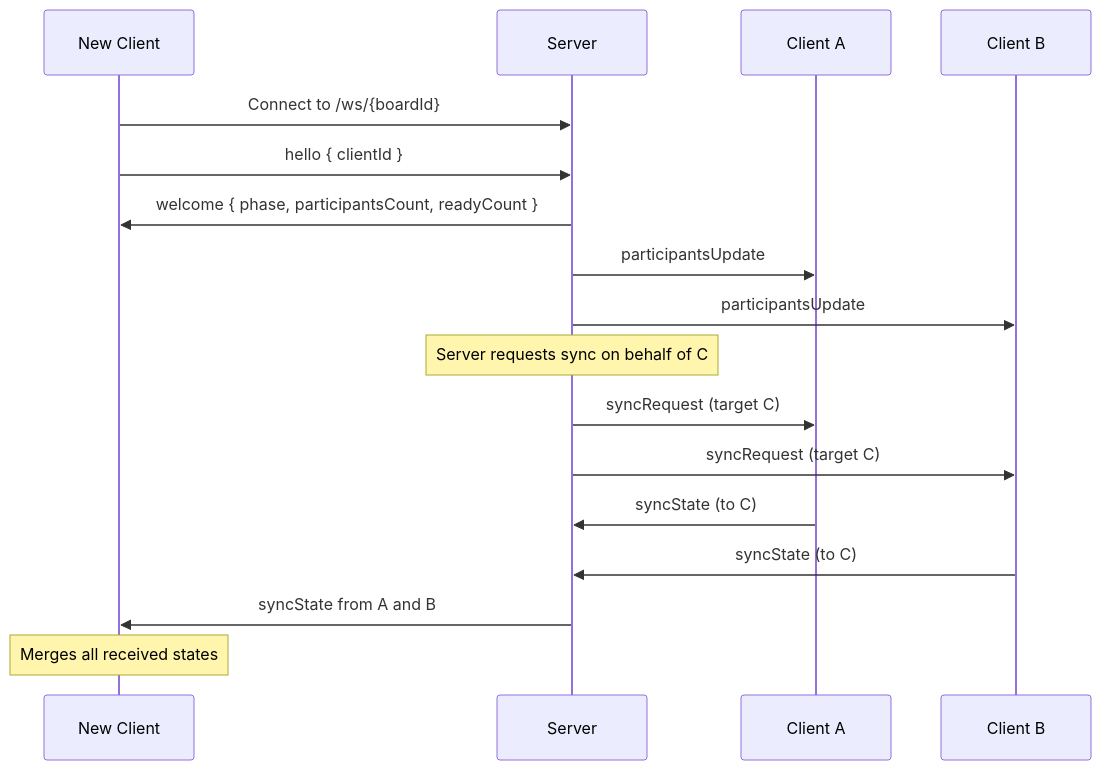
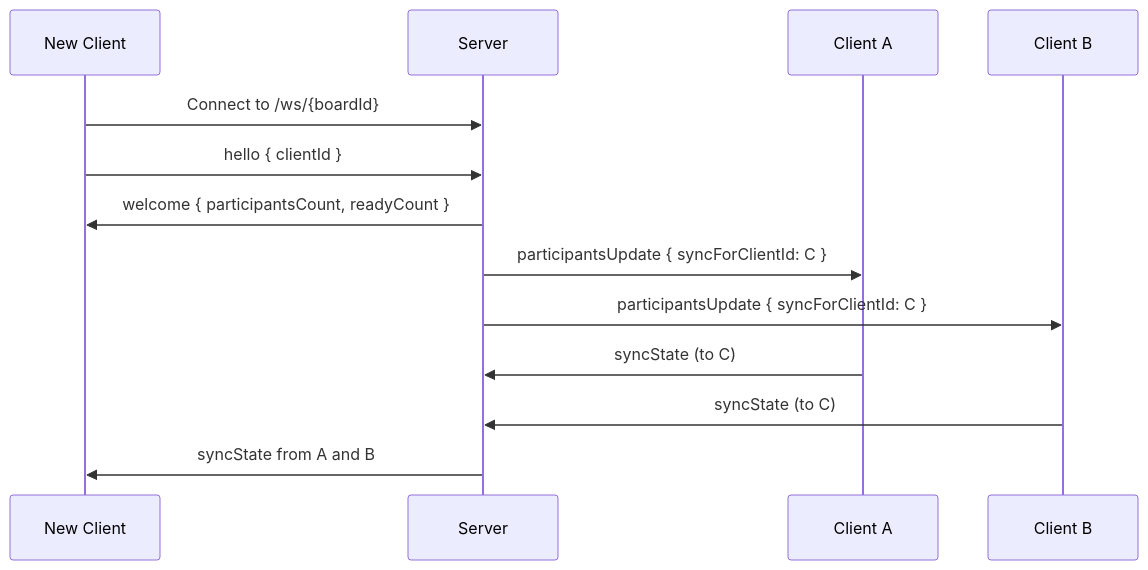
The first of 2 diagrams in docs/PROTOCOL.md (yoannchaudet/delta-board), drawn with Mermaid before and after one commit. The commit also changed other lines of this file and 2 other files, not shown here.

````diff
--- a/docs/PROTOCOL.md
+++ b/docs/PROTOCOL.md
@@ -34,22 +58,18 @@
 ```mermaid
 sequenceDiagram
     participant C as New Client
     participant S as Server
     participant A as Client A
     participant B as Client B
 
     C->>S: Connect to /ws/{boardId}
     C->>S: hello { clientId }
-    S->>C: welcome { phase, participantsCount, readyCount }
+    S->>C: welcome { participantsCount, readyCount }
 
-    S->>A: participantsUpdate
-    S->>B: participantsUpdate
+    S->>A: participantsUpdate { syncForClientId: C }
+    S->>B: participantsUpdate { syncForClientId: C }
 
-    Note over S: Server requests sync on behalf of C
-    S->>A: syncRequest (target C)
-    S->>B: syncRequest (target C)
     A->>S: syncState (to C)
     B->>S: syncState (to C)
     S->>C: syncState from A and B
-    Note over C: Merges all received states
 ```
````
